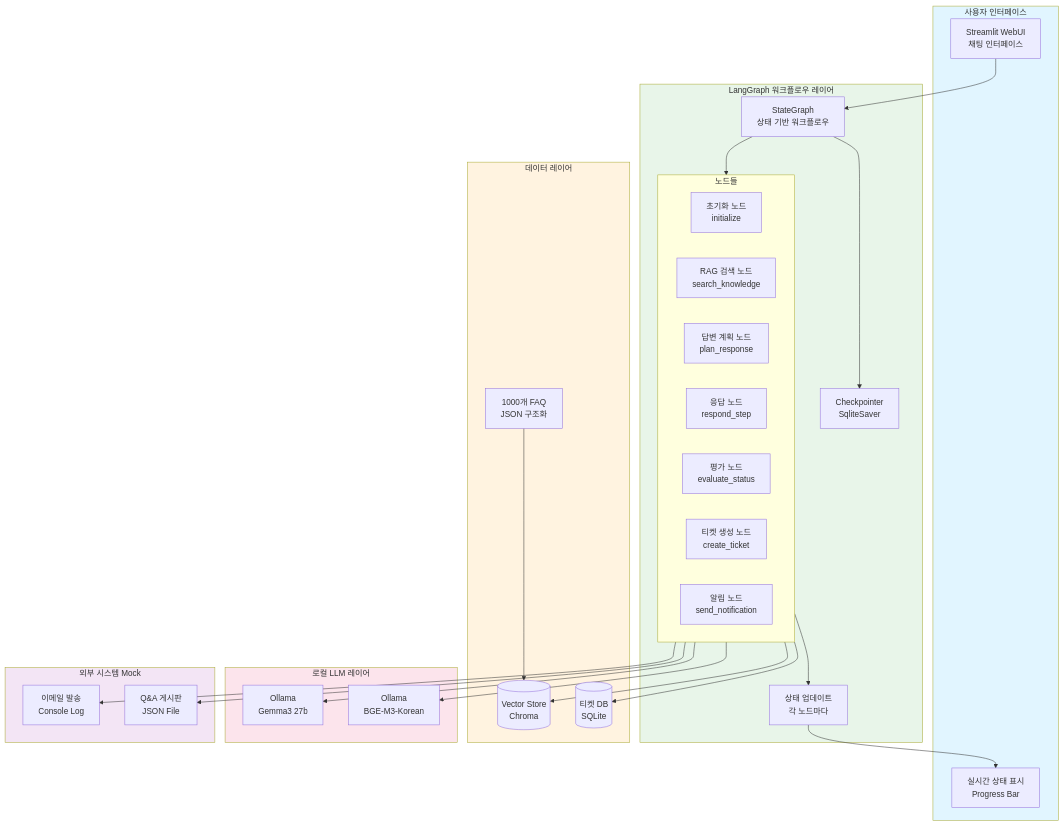
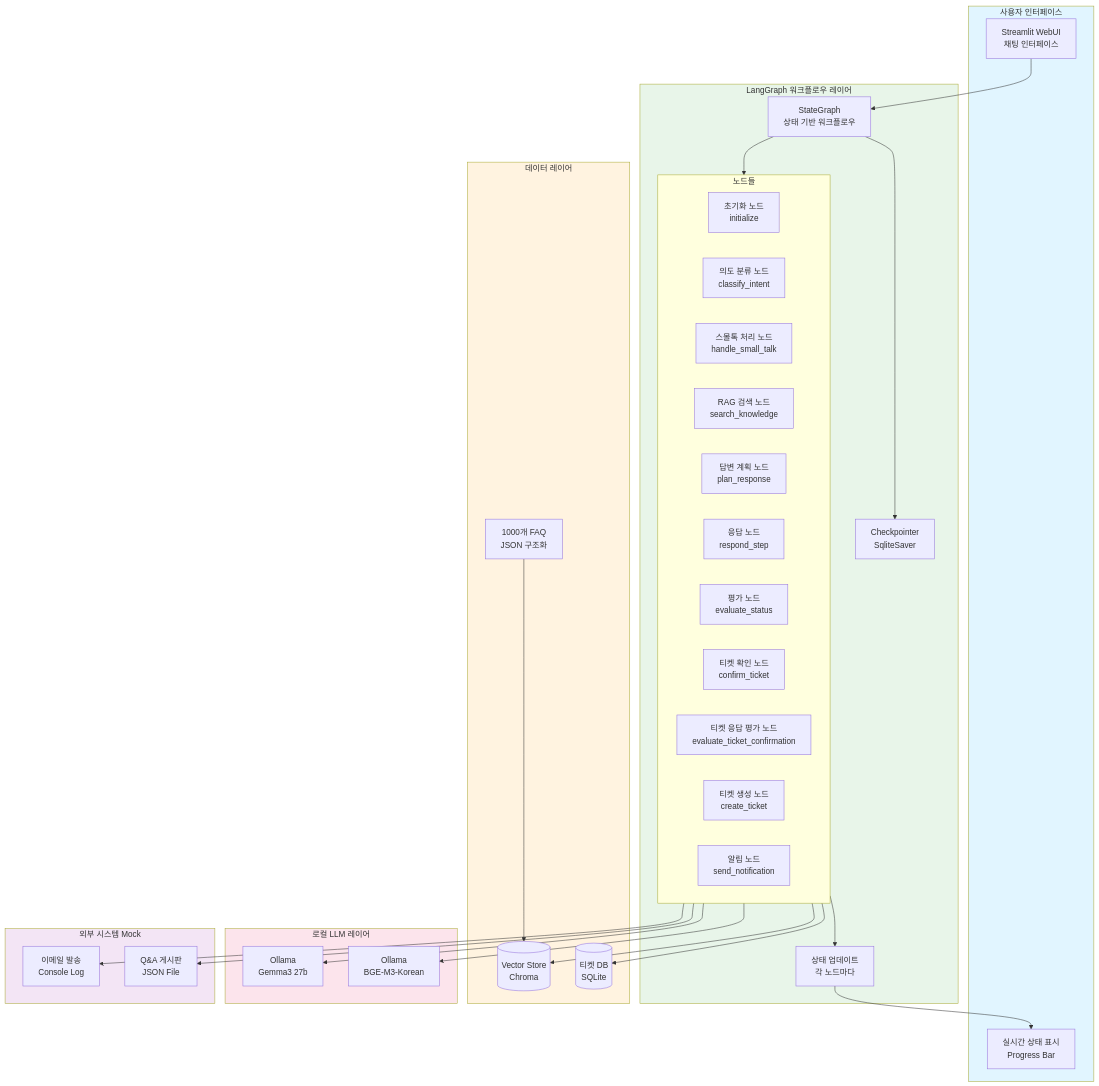
Before and after one commit to laurus-kpa007/agent-customer-support-chatbot: the first of 2 diagrams in customer-support-chatbot-langgraph-design.md, drawn with Mermaid. The commit also changed other lines of this file and 1 other file, not shown here.

````diff
--- a/customer-support-chatbot-langgraph-design.md
+++ b/customer-support-chatbot-langgraph-design.md
@@ -67,61 +67,65 @@
 ```mermaid
 graph TB
     subgraph UserInterface["사용자 인터페이스"]
         WebUI[Streamlit WebUI<br/>채팅 인터페이스]
         StatusDisplay[실시간 상태 표시<br/>Progress Bar]
     end
 
     subgraph LangGraphLayer["LangGraph 워크플로우 레이어"]
         StateGraph[StateGraph<br/>상태 기반 워크플로우]
 
         subgraph Nodes["노드들"]
             InitNode[초기화 노드<br/>initialize]
+            ClassifyNode[의도 분류 노드<br/>classify_intent]
+            SmallTalkNode[스몰톡 처리 노드<br/>handle_small_talk]
             RAGNode[RAG 검색 노드<br/>search_knowledge]
             PlanNode[답변 계획 노드<br/>plan_response]
             RespondNode[응답 노드<br/>respond_step]
             EvalNode[평가 노드<br/>evaluate_status]
+            ConfirmNode[티켓 확인 노드<br/>confirm_ticket]
+            EvalTicketNode[티켓 응답 평가 노드<br/>evaluate_ticket_confirmation]
             TicketNode[티켓 생성 노드<br/>create_ticket]
             NotifyNode[알림 노드<br/>send_notification]
         end
 
         Memory[Checkpointer<br/>SqliteSaver]
         StatusUpdater[상태 업데이트<br/>각 노드마다]
     end
 
     subgraph DataLayer["데이터 레이어"]
         VectorDB[(Vector Store<br/>Chroma)]
         TicketDB[(티켓 DB<br/>SQLite)]
         SampleData[1000개 FAQ<br/>JSON 구조화]
     end
 
     subgraph LLMLayer["로컬 LLM 레이어"]
         LLM[Ollama<br/>Gemma3 27b]
         Embeddings[Ollama<br/>BGE-M3-Korean]
     end
 
     subgraph ExternalMock["외부 시스템 Mock"]
         EmailMock[이메일 발송<br/>Console Log]
         QABoardMock[Q&A 게시판<br/>JSON File]
     end
 
     WebUI --> StateGraph
     StateGraph --> Nodes
     StateGraph --> Memory
     Nodes --> StatusUpdater
     StatusUpdater --> StatusDisplay
 
     Nodes --> LLM
     Nodes --> Embeddings
     Nodes --> VectorDB
     Nodes --> TicketDB
     Nodes --> EmailMock
     Nodes --> QABoardMock
 
     SampleData --> VectorDB
 
     style UserInterface fill:#e1f5ff
     style LangGraphLayer fill:#e8f5e9
     style DataLayer fill:#fff3e0
     style LLMLayer fill:#fce4ec
     style ExternalMock fill:#f3e5f5
 ```
````
